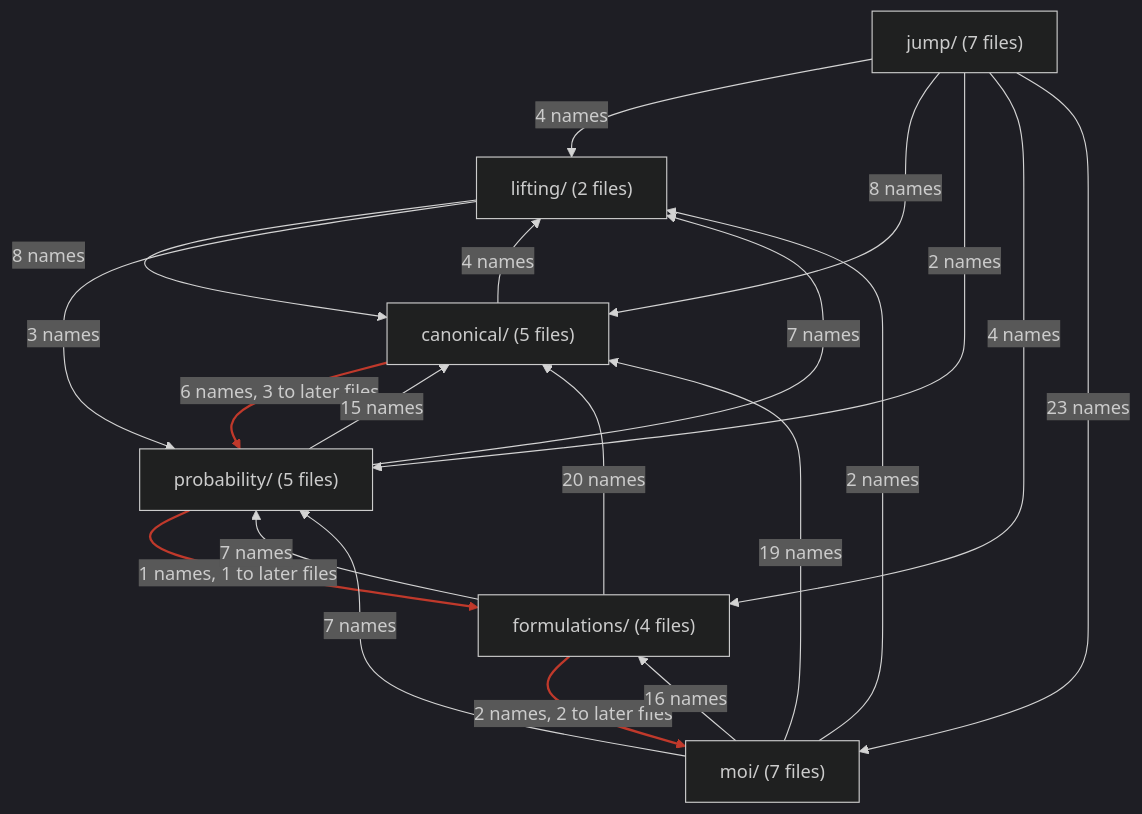
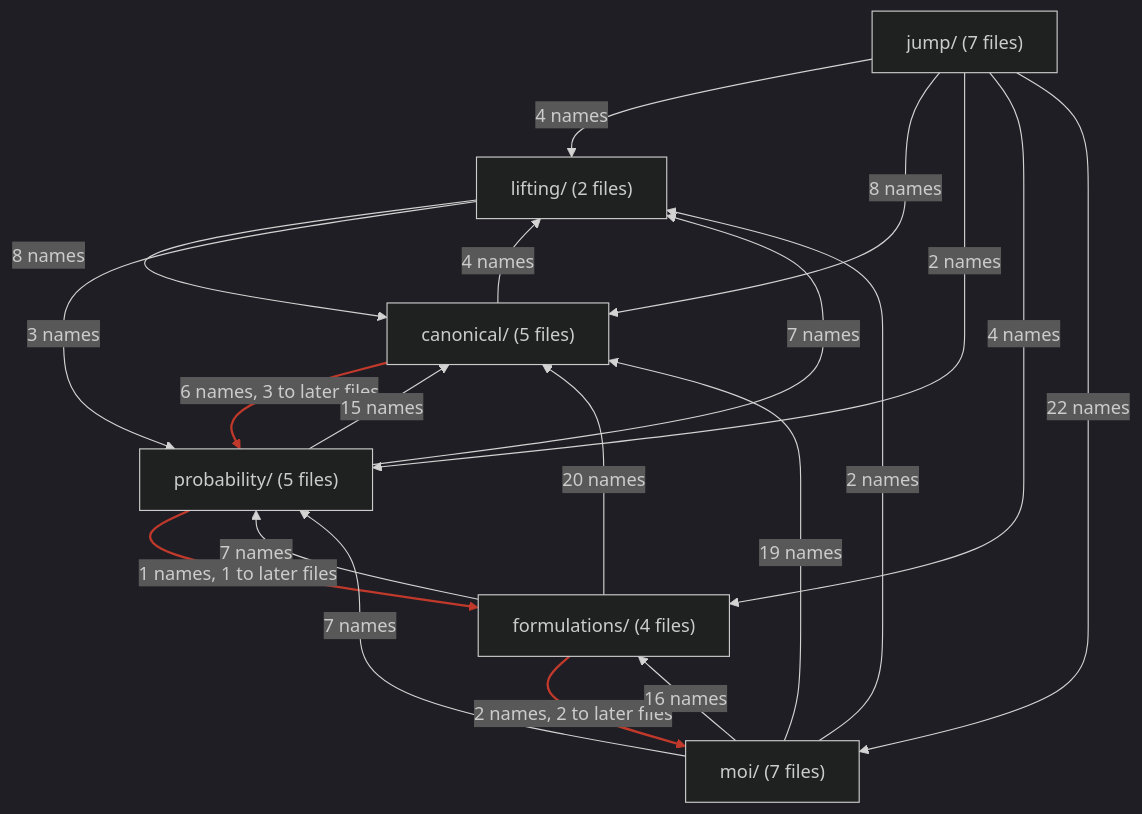
One commit to bfpc/LinearDecisionRules.jl changed the diagram in docs/src/developer/structure_current.md. Above: the diagram before and after it, drawn with Mermaid (dark theme). The commit also changed other lines of this file and 13 other files, not shown here.

````diff
--- a/docs/src/developer/structure_current.md
+++ b/docs/src/developer/structure_current.md
@@ -12,31 +12,31 @@
 ```mermaid
 flowchart TD
     lifting["lifting/ (2 files)"]
     canonical["canonical/ (5 files)"]
     probability["probability/ (5 files)"]
     formulations["formulations/ (4 files)"]
     moi["moi/ (7 files)"]
     jump["jump/ (7 files)"]
     lifting -->|"8 names"| canonical
     lifting -->|"3 names"| probability
     canonical -->|"4 names"| lifting
     canonical -->|"6 names, 3 to later files"| probability
     probability -->|"7 names"| lifting
     probability -->|"15 names"| canonical
     probability -->|"1 names, 1 to later files"| formulations
     formulations -->|"20 names"| canonical
     formulations -->|"7 names"| probability
     formulations -->|"2 names, 2 to later files"| moi
     moi -->|"2 names"| lifting
     moi -->|"19 names"| canonical
     moi -->|"7 names"| probability
     moi -->|"16 names"| formulations
     jump -->|"4 names"| lifting
     jump -->|"8 names"| canonical
     jump -->|"2 names"| probability
     jump -->|"4 names"| formulations
-    jump -->|"23 names"| moi
+    jump -->|"22 names"| moi
     linkStyle 3 stroke:#c0392b,stroke-width:2px
     linkStyle 6 stroke:#c0392b,stroke-width:2px
     linkStyle 9 stroke:#c0392b,stroke-width:2px
 ```
````
